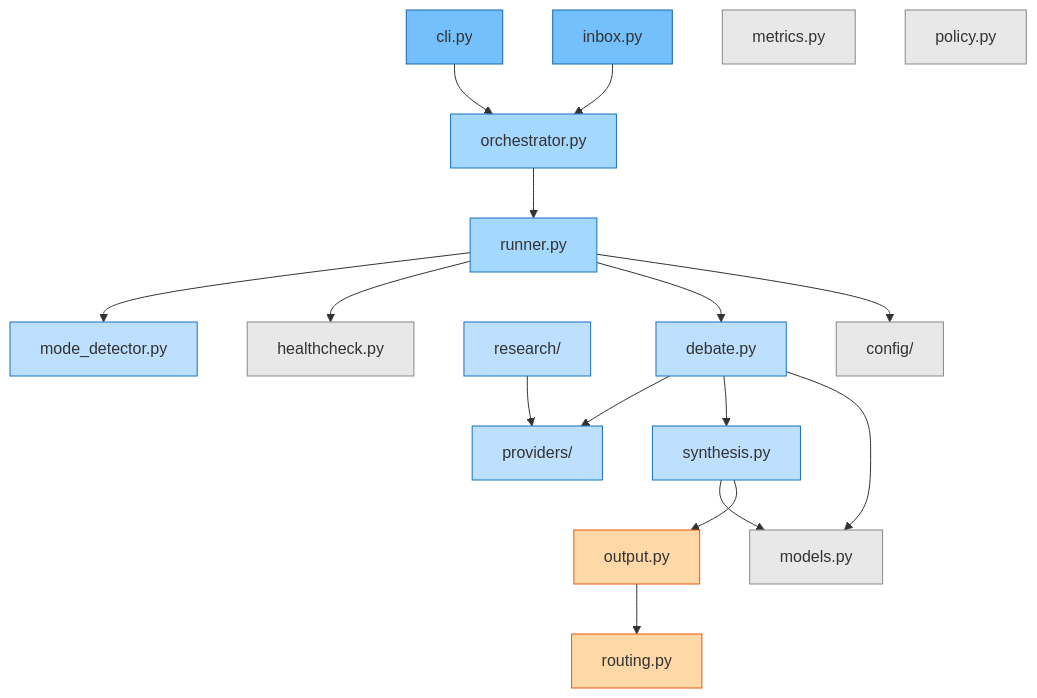
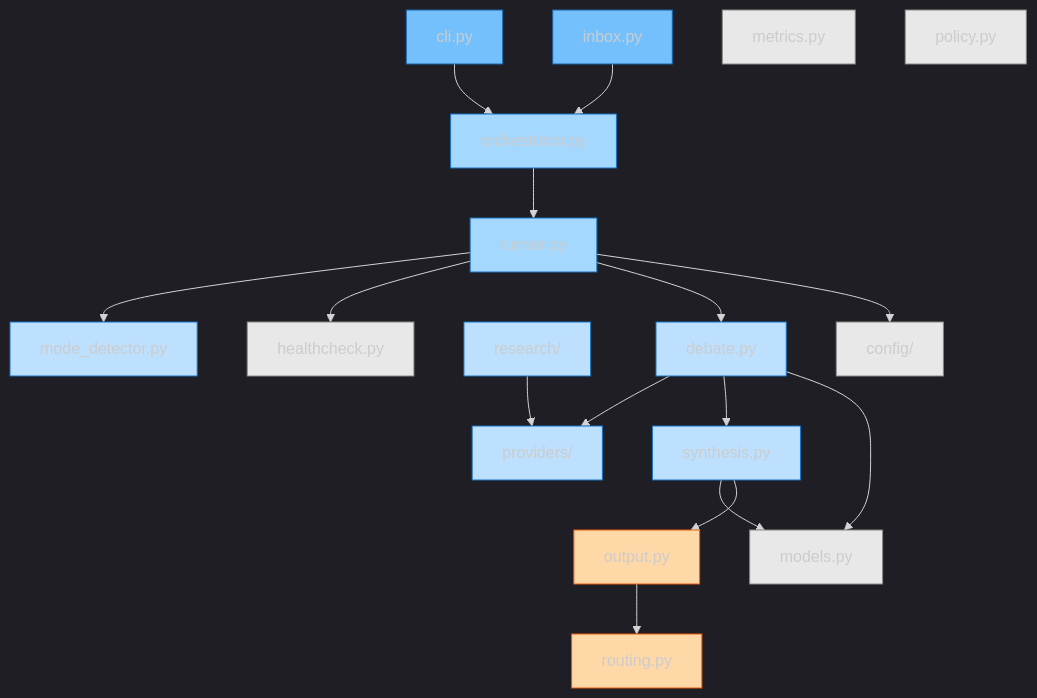
Before and after one commit to rdwornik/ai-council: the first of 2 diagrams in ARCHITECTURE.md, drawn with Mermaid. The commit also changed other lines of this file, not shown here.

Commit message:
fix(architecture): add dark-theme directive to mermaid blocks
Prepend %%{init: {'theme':'dark'}}%% to both mermaid blocks in
ARCHITECTURE.md (hand-authored codemap + layer model) per .dev-knowledge
ADR-51 amendment 2026-05-28. Diagram structure unchanged.

Both blocks are hand-authored ('not generator-managed' per the existing
trailer comment); the .dev-knowledge codemap generator was updated in
the same arc and emits the directive automatically going forward.

````diff
--- a/ARCHITECTURE.md
+++ b/ARCHITECTURE.md
@@ -23,53 +23,54 @@
 ```mermaid
+%%{init: {'theme':'dark'}}%%
 flowchart TD
     cli[cli.py]:::interface
     inbox[inbox.py]:::interface
     orchestrator[orchestrator.py]:::orchestration
     runner[runner.py]:::orchestration
     debate[debate.py]:::core
     synthesis[synthesis.py]:::core
     mode_detector[mode_detector.py]:::core
     providers[providers/]:::core
     research[research/]:::core
     output[output.py]:::output
     routing[routing.py]:::output
     models[models.py]:::foundation
     metrics[metrics.py]:::foundation
     healthcheck[healthcheck.py]:::foundation
     policy[policy.py]:::foundation
     config[config/]:::foundation
 
     cli --> orchestrator
     inbox --> orchestrator
     orchestrator --> runner
     runner --> mode_detector
     runner --> healthcheck
     runner --> debate
     runner --> config
     debate --> providers
     debate --> synthesis
     debate --> models
     synthesis --> models
     synthesis --> output
     output --> routing
     research --> providers
 
     classDef foundation fill:#e8e8e8,stroke:#888
     classDef core fill:#bde0fe,stroke:#1971c2
     classDef orchestration fill:#a5d8ff,stroke:#1971c2
     classDef interface fill:#74c0fc,stroke:#1864ab
     classDef output fill:#ffd8a8,stroke:#e8590c
 
     click cli href "src/ai_council/cli.py" "Open cli.py"
     click inbox href "src/ai_council/inbox.py" "Open inbox.py"
     click orchestrator href "src/ai_council/orchestrator.py" "Open orchestrator.py"
     click runner href "src/ai_council/runner.py" "Open runner.py"
     click debate href "src/ai_council/debate.py" "Open debate.py"
     click synthesis href "src/ai_council/synthesis.py" "Open synthesis.py"
     click mode_detector href "src/ai_council/mode_detector.py" "Open mode_detector.py"
     click providers href "src/ai_council/providers/" "Open providers"
     click research href "src/ai_council/research/" "Open research"
     click output href "src/ai_council/output.py" "Open output.py"
     click routing href "src/ai_council/routing.py" "Open routing.py"
     click models href "src/ai_council/models.py" "Open models.py"
 ```
````
